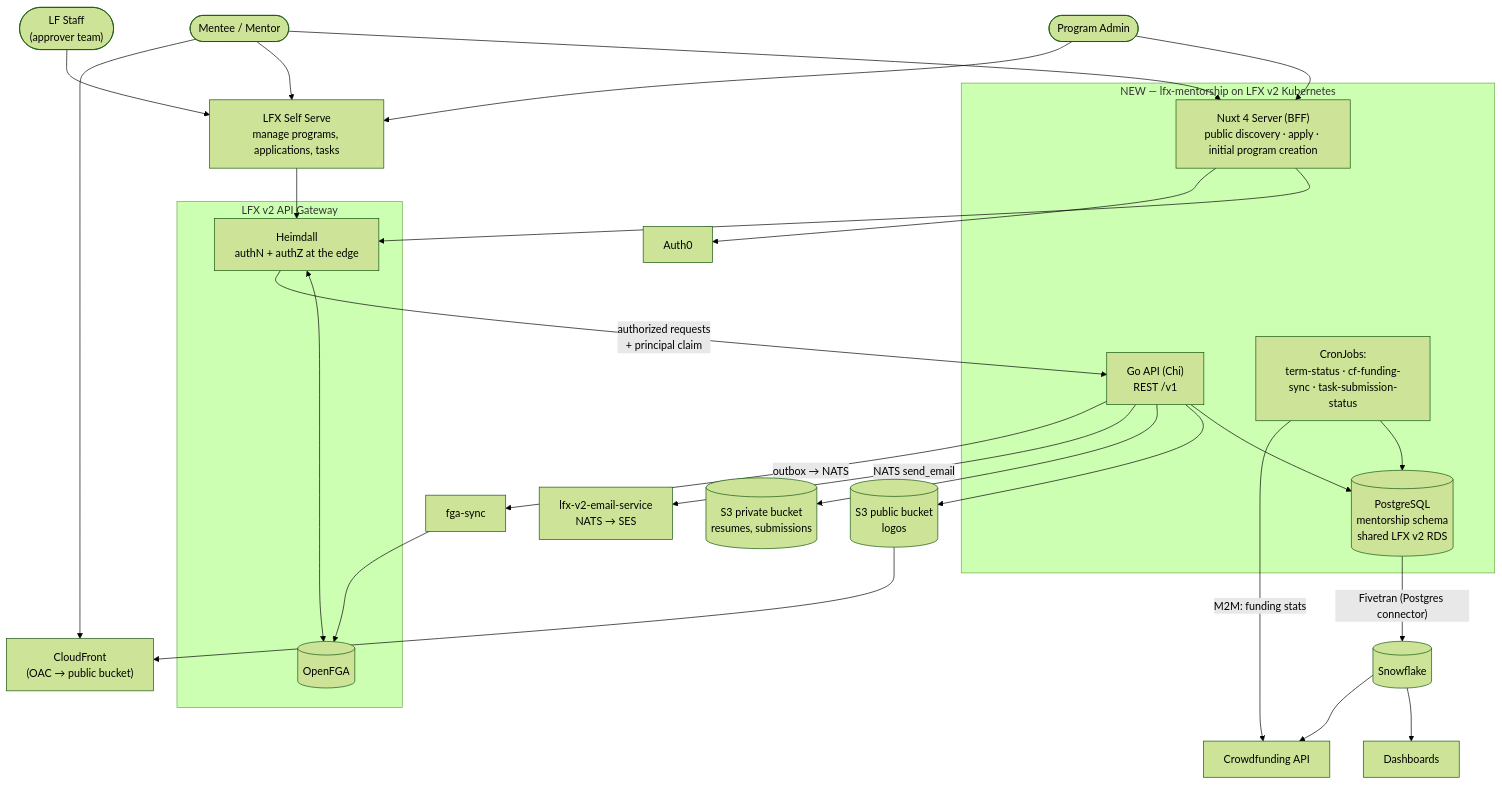
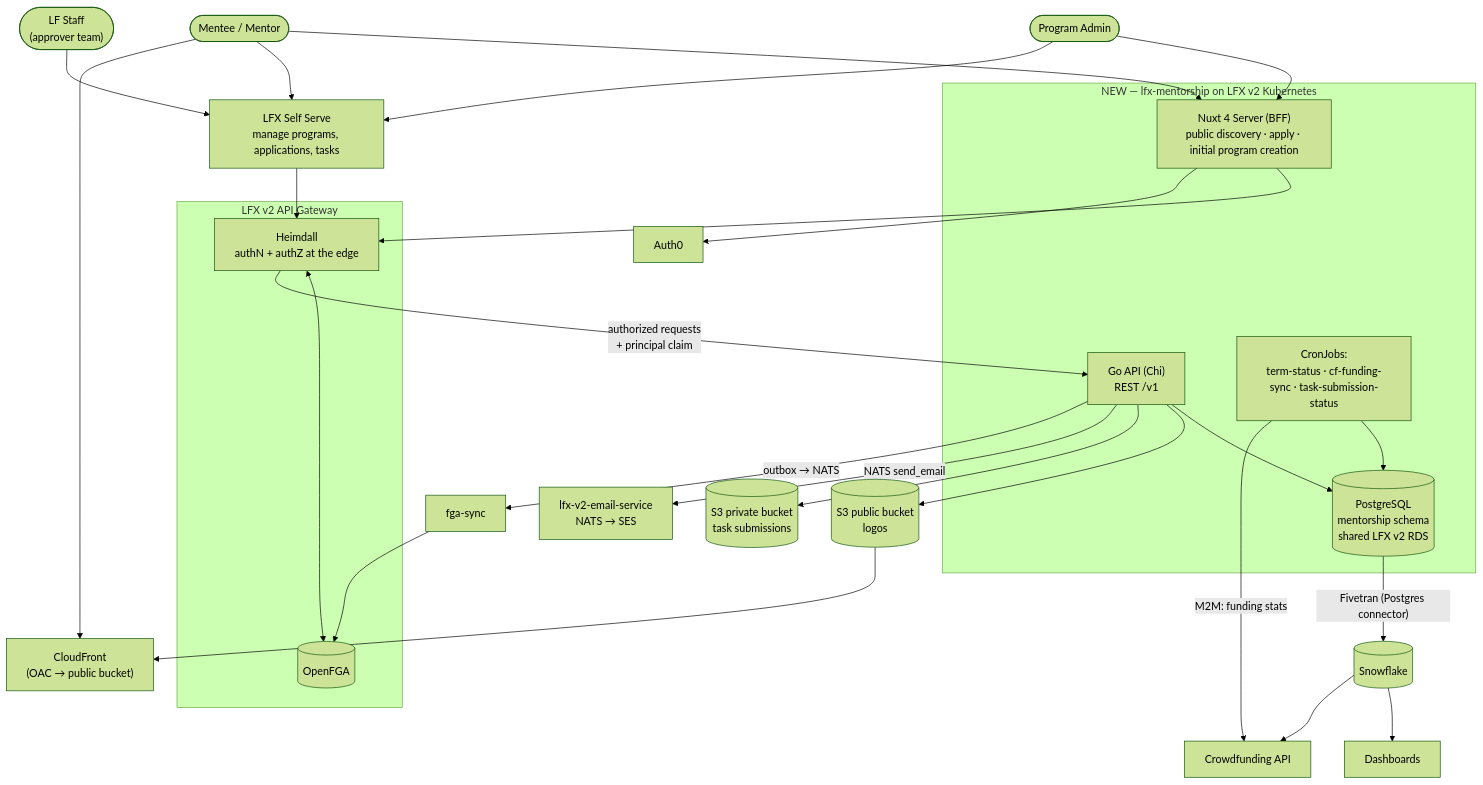
One commit to linuxfoundation/lfx-mentorship changed the first of 2 diagrams in docs/rewrite/02-target-architecture.md. Above: the diagram before and after it, drawn with Mermaid (forest theme). The commit also changed other lines of this file and 2 other files, not shown here.

First line of the commit message:
docs(s3): drop resumes, adopt skill route names, halve the S3 sections

````diff
--- a/docs/rewrite/02-target-architecture.md
+++ b/docs/rewrite/02-target-architecture.md
@@ -22,50 +22,50 @@
 ```mermaid
 flowchart TB
     ADMIN(["Program Admin"])
     USERS(["Mentee / Mentor"])
     SUPER(["LF Staff<br/>(approver team)"])
 
     subgraph GW["LFX v2 API Gateway"]
         HEIMDALL["Heimdall<br/>authN + authZ at the edge"]
         FGA[("OpenFGA")]
     end
 
     subgraph K8S["NEW — lfx-mentorship on LFX v2 Kubernetes"]
         NUXT["Nuxt 4 Server (BFF)<br/>public discovery · apply · initial program creation"]
         API["Go API (Chi)<br/>REST /v1"]
         PG[("PostgreSQL<br/>mentorship schema<br/>shared LFX v2 RDS")]
         CRONS["CronJobs:<br/>term-status · cf-funding-sync · task-submission-status"]
     end
 
     SS["LFX Self Serve<br/>manage programs, applications, tasks"]
     SYNC["fga-sync"]
     AUTH0["Auth0"]
     S3PUB[("S3 public bucket<br/>logos")]
-    S3PRIV[("S3 private bucket<br/>resumes, submissions")]
+    S3PRIV[("S3 private bucket<br/>task submissions")]
     CDN["CloudFront<br/>(OAC → public bucket)"]
     EMAIL["lfx-v2-email-service<br/>NATS → SES"]
     CFAPI["Crowdfunding API"]
     SF[("Snowflake")]
     DASH["Dashboards"]
 
     ADMIN & USERS --> NUXT
     ADMIN & USERS & SUPER --> SS
     NUXT --> HEIMDALL
     SS --> HEIMDALL
     HEIMDALL <--> FGA
     HEIMDALL -- "authorized requests<br/>+ principal claim" --> API
     NUXT --> AUTH0
     API --> PG
     API --> S3PUB
     API --> S3PRIV
     S3PUB --> CDN
     USERS --> CDN
     API -- "NATS send_email" --> EMAIL
     API -- "outbox → NATS" --> SYNC
     SYNC --> FGA
     CRONS --> PG
     CRONS -- "M2M: funding stats" --> CFAPI
     PG -- "Fivetran (Postgres connector)" --> SF
     SF --> DASH
     SF --> CFAPI
 ```
````
